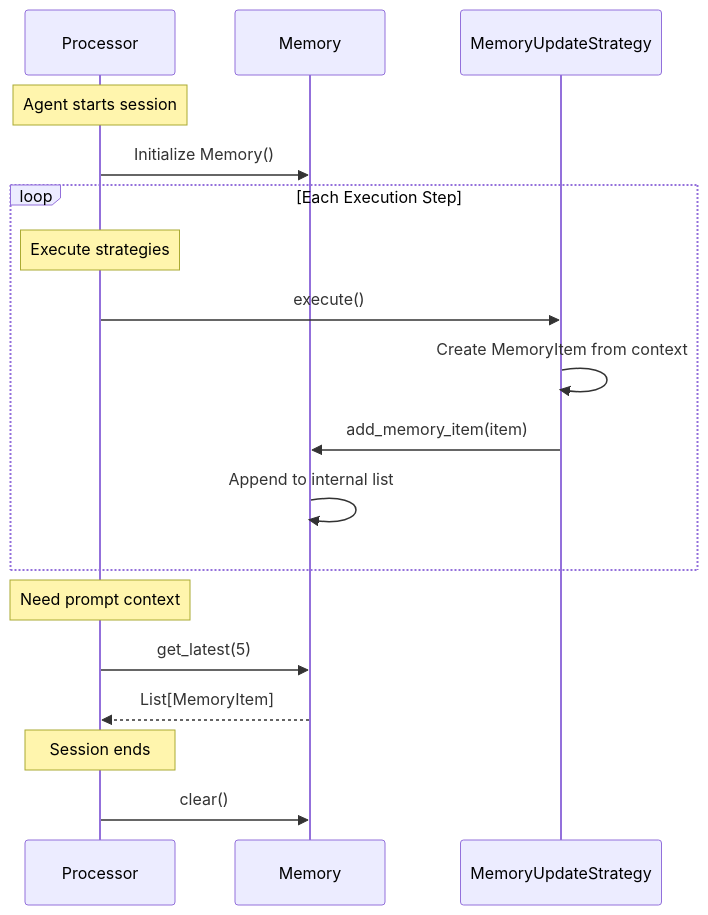
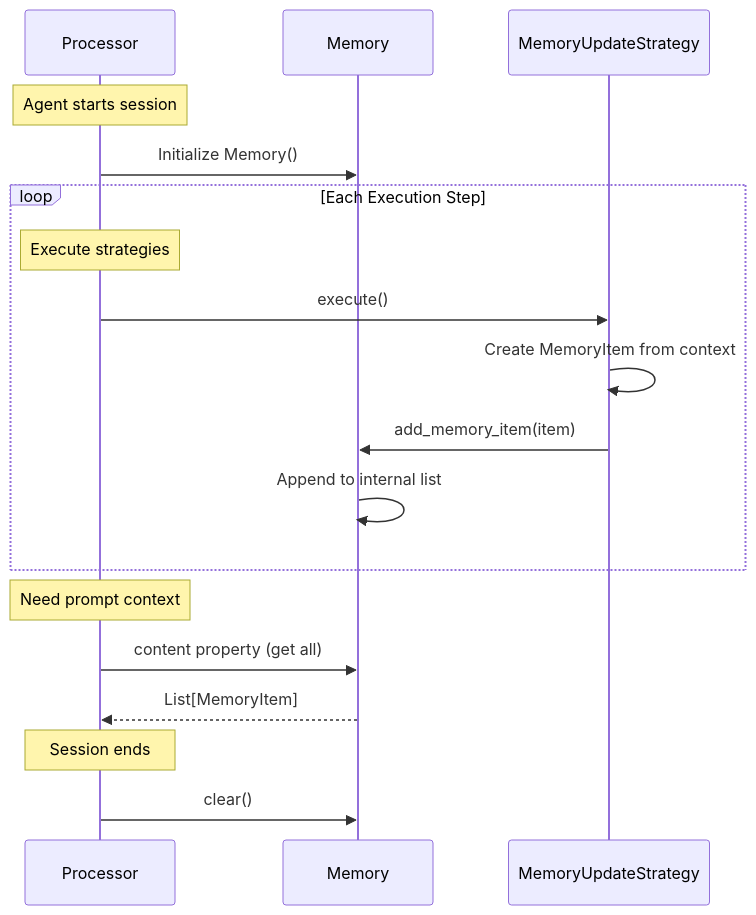
One commit to microsoft/UFO changed the third of 6 diagrams in documents/docs/infrastructure/agents/design/memory.md. Above: the diagram before and after it, drawn with Mermaid. The commit also changed other lines of this file and 6 other files, not shown here.

````diff
--- a/documents/docs/infrastructure/agents/design/memory.md
+++ b/documents/docs/infrastructure/agents/design/memory.md
@@ -186,24 +187,24 @@
 ```mermaid
 sequenceDiagram
     participant Processor
     participant Memory
     participant MemoryUpdateStrategy
     
     Note over Processor: Agent starts session
     Processor->>Memory: Initialize Memory()
     
     loop Each Execution Step
         Note over Processor: Execute strategies
         Processor->>MemoryUpdateStrategy: execute()
         MemoryUpdateStrategy->>MemoryUpdateStrategy: Create MemoryItem from context
         MemoryUpdateStrategy->>Memory: add_memory_item(item)
         Memory->>Memory: Append to internal list
     end
     
     Note over Processor: Need prompt context
-    Processor->>Memory: get_latest(5)
+    Processor->>Memory: content property (get all)
     Memory-->>Processor: List[MemoryItem]
     
     Note over Processor: Session ends
     Processor->>Memory: clear()
 ```
````
